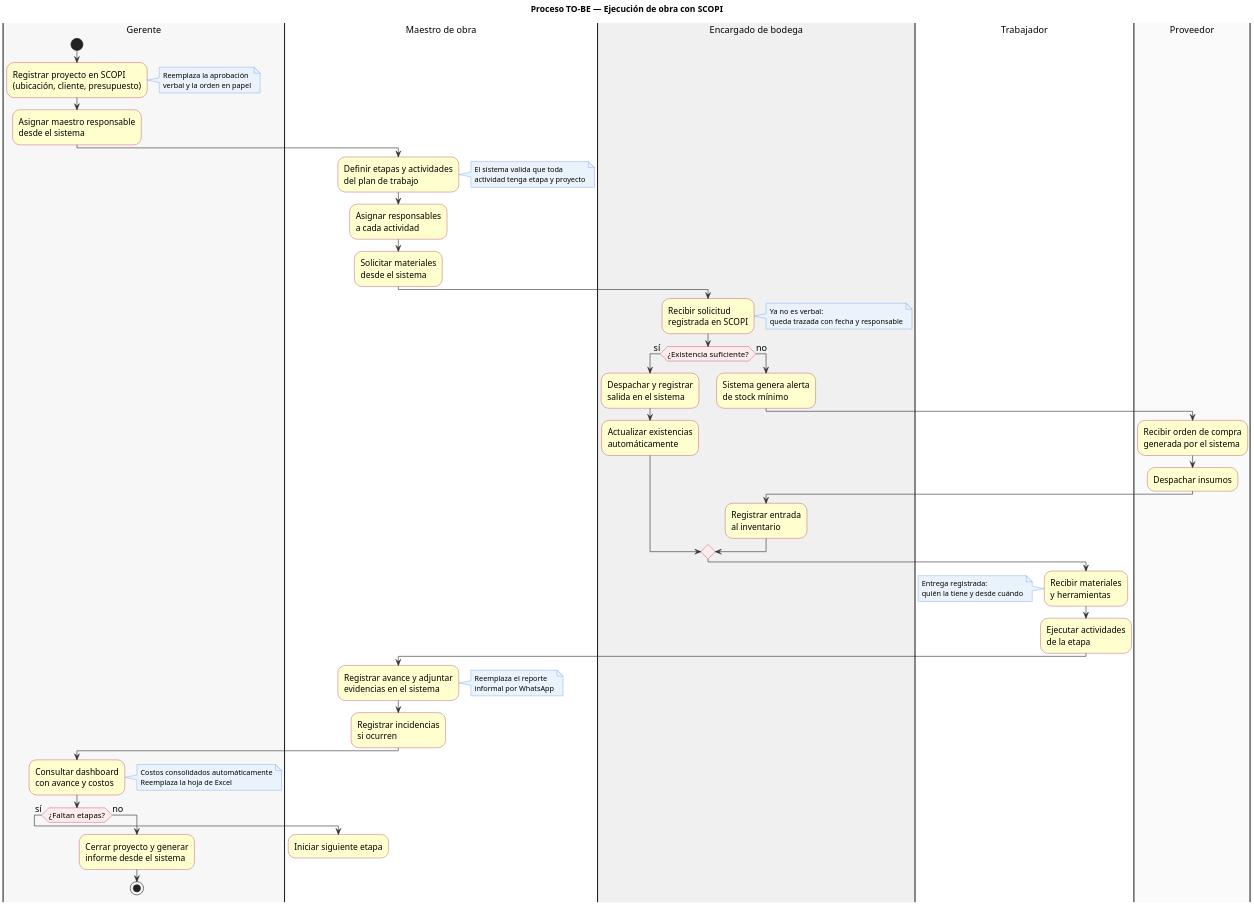
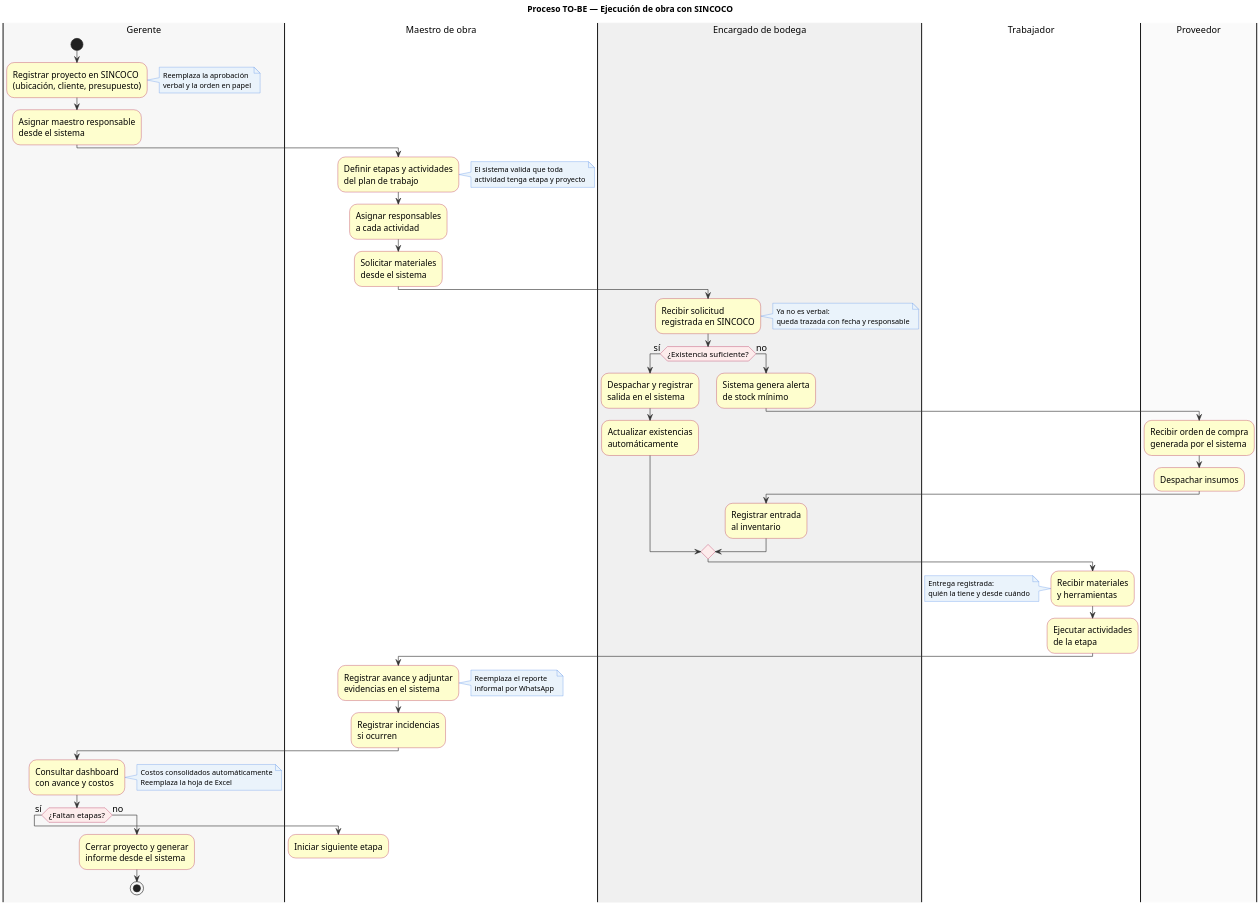
Before and after one commit to stevencardenas-dev/SINCOCO: the diagram in docs/bpmn/PROCESO_TO_BE.puml, drawn with PlantUML. The commit also changed 32 other files, not shown here.

First line of the commit message:
Renombrar SCOPI a SINCOCO y sincronizar con la primera entrega

```diff
--- a/docs/bpmn/PROCESO_TO_BE.puml
+++ b/docs/bpmn/PROCESO_TO_BE.puml
@@ -1,83 +1,83 @@
 @startuml
 skinparam backgroundColor white
 skinparam dpi 200
 skinparam shadowing false
 skinparam defaultFontSize 15
 skinparam ArrowColor #333333
 skinparam activity {
   BackgroundColor #FEFECE
   BorderColor #A80036
   FontSize 14
   DiamondBackgroundColor #FDECEC
   DiamondBorderColor #A80036
   DiamondFontSize 13
 }
 skinparam partition {
   BorderColor #A80036
   FontSize 15
 }
 skinparam note {
   BackgroundColor #EAF3FB
   BorderColor #4a86e8
   FontSize 12
 }
 
-title Proceso TO-BE — Ejecución de obra con SCOPI
+title Proceso TO-BE — Ejecución de obra con SINCOCO
 
 |#F7F7F7|Gerente|
 |Maestro de obra|
 |#F0F0F0|Encargado de bodega|
 |Trabajador|
 |#FAFAFA|Proveedor|
 
 |#F7F7F7|Gerente|
 start
-:Registrar proyecto en SCOPI\n(ubicación, cliente, presupuesto);
+:Registrar proyecto en SINCOCO\n(ubicación, cliente, presupuesto);
 note right: Reemplaza la aprobación\nverbal y la orden en papel
 :Asignar maestro responsable\ndesde el sistema;
 
 |Maestro de obra|
 :Definir etapas y actividades\ndel plan de trabajo;
 note right: El sistema valida que toda\nactividad tenga etapa y proyecto
 :Asignar responsables\na cada actividad;
 :Solicitar materiales\ndesde el sistema;
 
 |#F0F0F0|Encargado de bodega|
-:Recibir solicitud\nregistrada en SCOPI;
+:Recibir solicitud\nregistrada en SINCOCO;
 note right: Ya no es verbal:\nqueda trazada con fecha y responsable
 if (¿Existencia suficiente?) then (sí)
   :Despachar y registrar\nsalida en el sistema;
   :Actualizar existencias\nautomáticamente;
 else (no)
   :Sistema genera alerta\nde stock mínimo;
   |#FAFAFA|Proveedor|
   :Recibir orden de compra\ngenerada por el sistema;
   :Despachar insumos;
   |Encargado de bodega|
   :Registrar entrada\nal inventario;
 endif
 
 |Trabajador|
 :Recibir materiales\ny herramientas;
 note left: Entrega registrada:\nquién la tiene y desde cuándo
 :Ejecutar actividades\nde la etapa;
 
 |Maestro de obra|
 :Registrar avance y adjuntar\nevidencias en el sistema;
 note right: Reemplaza el reporte\ninformal por WhatsApp
 :Registrar incidencias\nsi ocurren;
 
 |#F7F7F7|Gerente|
 :Consultar dashboard\ncon avance y costos;
 note right: Costos consolidados automáticamente\nReemplaza la hoja de Excel
 if (¿Faltan etapas?) then (sí)
   |Maestro de obra|
   :Iniciar siguiente etapa;
   detach
 else (no)
   |#F7F7F7|Gerente|
   :Cerrar proyecto y generar\ninforme desde el sistema;
   stop
 endif
 
 @enduml
```
